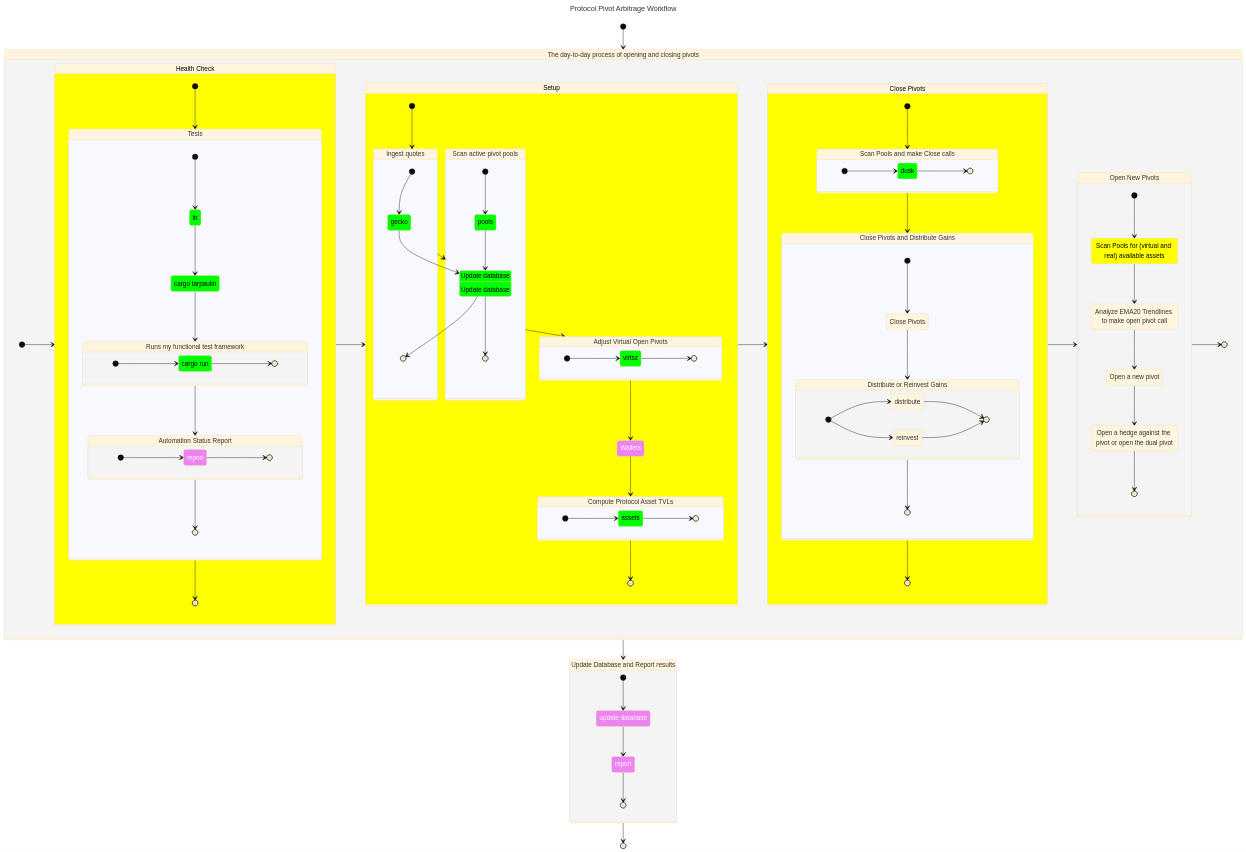
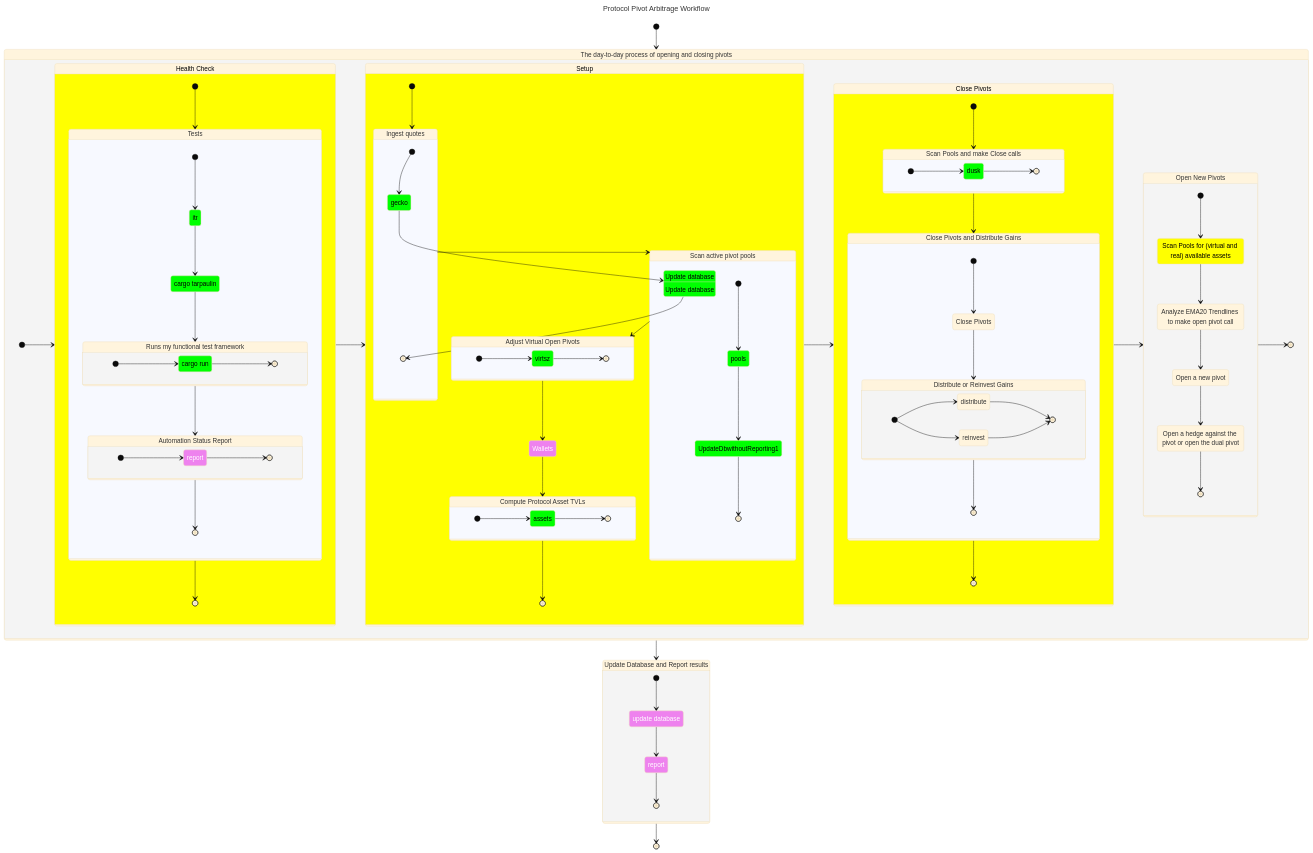
One commit to pivoteur/protocol changed the diagram in dapps/README.md. Above: the diagram before and after it, drawn with Mermaid (base theme).

Commit message:
Reupdated dapps state-diagram

```diff
--- a/dapps/README.md
+++ b/dapps/README.md
@@ -118,8 +118,8 @@
             direction LR
 
          [*] --> pools
-         pools --> UpdateDbwithoutReporting2
-         UpdateDbwithoutReporting2 --> [*]
+         pools --> UpdateDbwithoutReporting1
+         UpdateDbwithoutReporting1 --> [*]
 
          UpdateDbwithoutReporting2: Update database
       }
```
